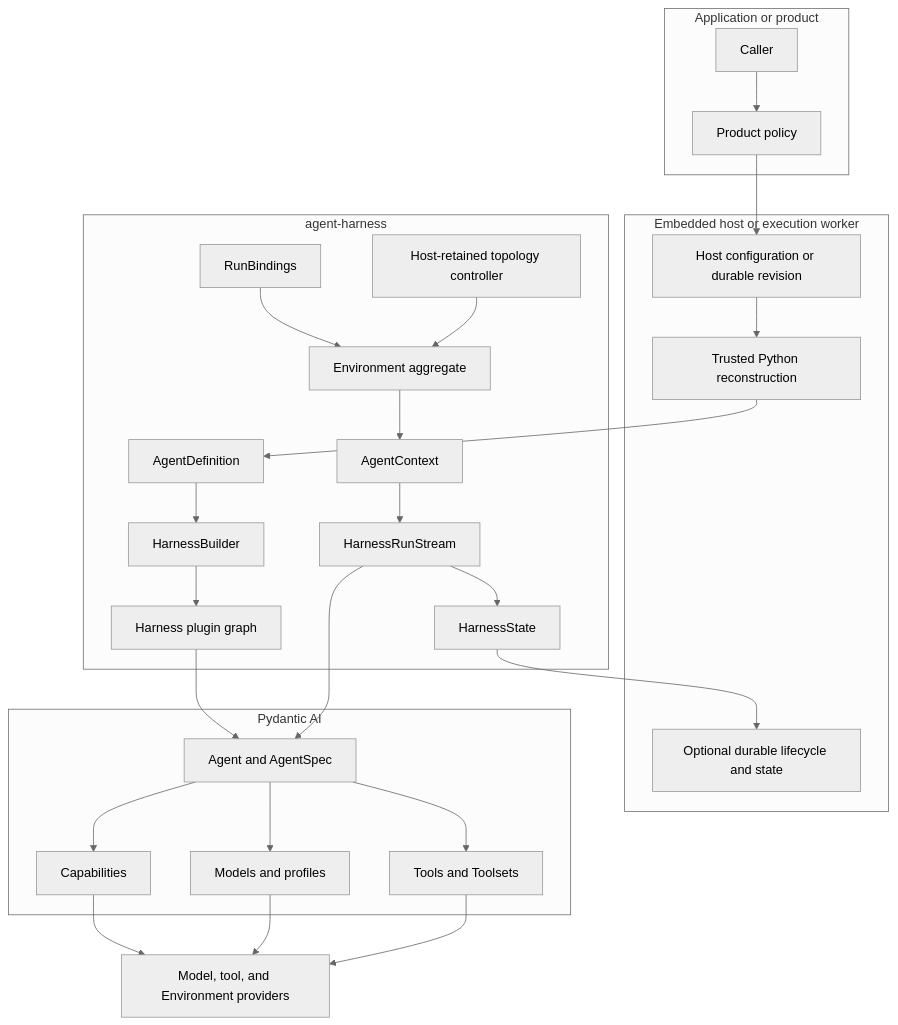
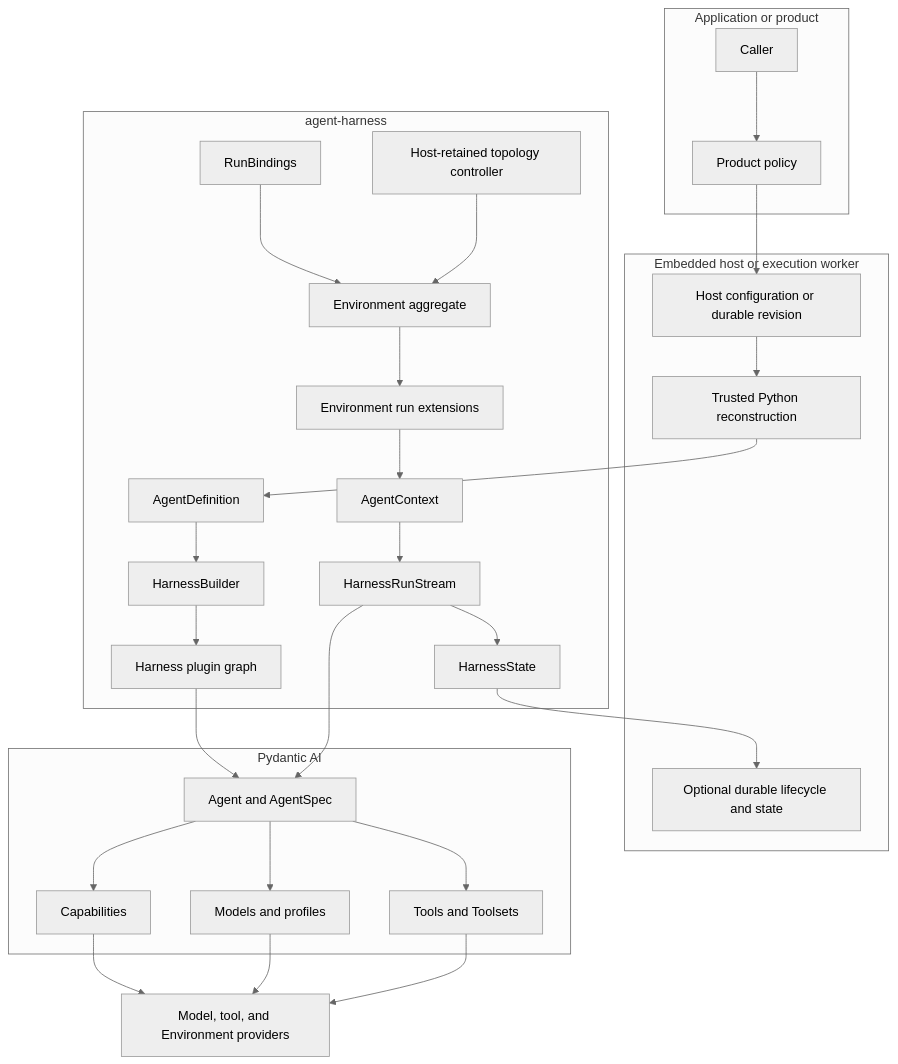
Before and after one commit to LTThreeComma/agent-foundation: the first of 2 diagrams in spec/agent-harness/00-overview.md, drawn with Mermaid (neutral theme). The commit also changed other lines of this file and 39 other files, not shown here.

First line of the commit message:
feat(harness): add aggregate environment run extensions

````diff
--- a/spec/agent-harness/00-overview.md
+++ b/spec/agent-harness/00-overview.md
@@ -26,41 +27,42 @@
 ```mermaid
 flowchart TB
     subgraph Product[Application or product]
         Caller[Caller]
         Policy[Product policy]
     end
 
     subgraph Host[Embedded host or execution worker]
         DefinitionSource[Host configuration or durable revision]
         Reconstruct[Trusted Python reconstruction]
         Durable[Optional durable lifecycle and state]
     end
 
     subgraph Harness[agent-harness]
         Definition[AgentDefinition]
         Builder[HarnessBuilder]
         Plugins[Harness plugin graph]
         Bindings[RunBindings]
         Context[AgentContext]
         Environment[Environment aggregate]
+        Extensions[Environment run extensions]
         Controller[Host-retained topology controller]
         Stream[HarnessRunStream]
         State[HarnessState]
     end
 
     subgraph Pydantic[Pydantic AI]
         Agent[Agent and AgentSpec]
         Capabilities[Capabilities]
         Models[Models and profiles]
         Toolsets[Tools and Toolsets]
     end
 
     Providers[Model, tool, and Environment providers]
 
     Caller --> Policy --> DefinitionSource --> Reconstruct --> Definition
     Definition --> Builder --> Plugins --> Agent
-    Bindings --> Environment --> Context --> Stream --> Agent
+    Bindings --> Environment --> Extensions --> Context --> Stream --> Agent
     Controller --> Environment
     Agent --> Capabilities & Models & Toolsets --> Providers
     Stream --> State --> Durable
 ```
````
